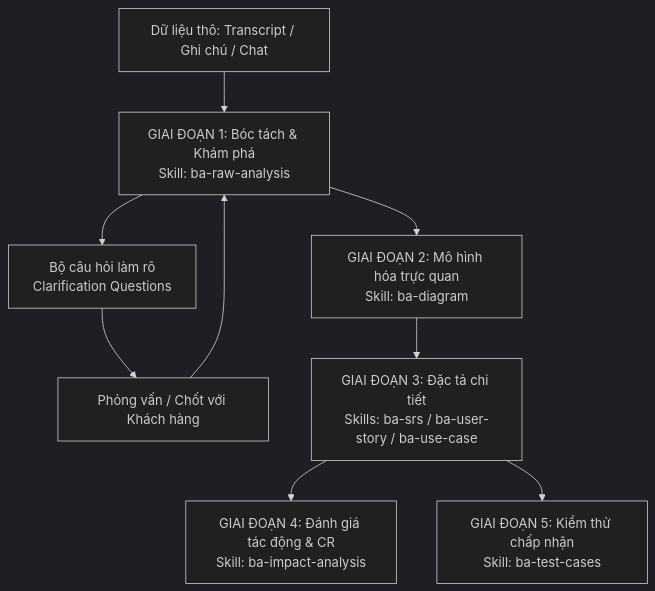
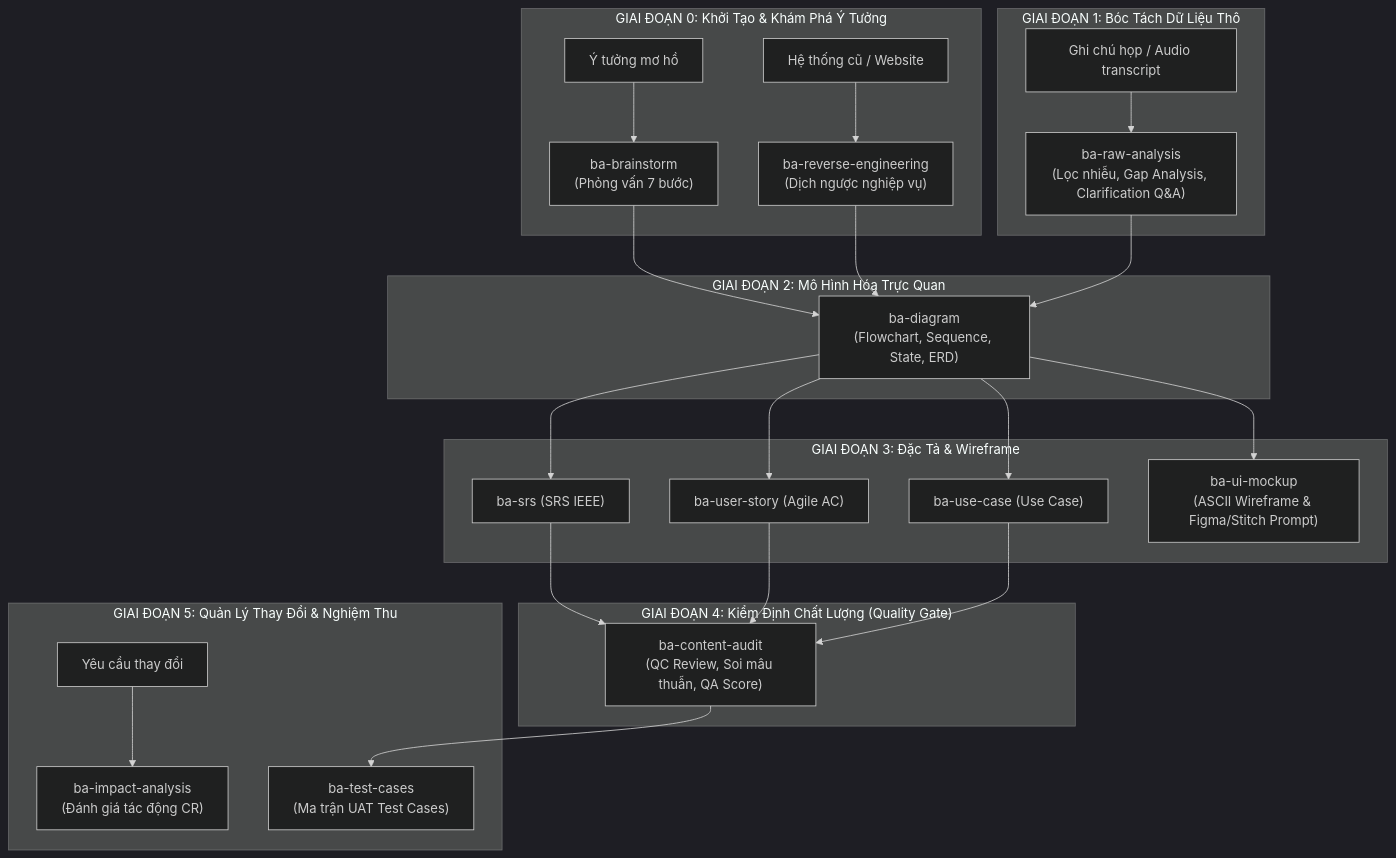
One commit to tonthienthach/BA-Kit changed the diagram in WORKFLOW.md. Above: the diagram before and after it, drawn with Mermaid (dark theme). The commit also changed other lines of this file and 11 other files, not shown here.

Commit message:
feat: complete flagship 11-skill suite (brainstorm, reverse-engineering, content-audit, ui-mockup)

````diff
--- a/WORKFLOW.md
+++ b/WORKFLOW.md
@@ -16,16 +9,35 @@
 ```mermaid
 flowchart TD
-    Raw[Dữ liệu thô: Transcript / Ghi chú / Chat] --> Stage1[GIAI ĐOẠN 1: Bóc tách & Khám phá<br>Skill: ba-raw-analysis]
-    
-    Stage1 --> Questions[Bộ câu hỏi làm rõ<br>Clarification Questions]
-    Questions --> ClientFeedback[Phỏng vấn / Chốt với Khách hàng]
-    ClientFeedback --> Stage1
-    
-    Stage1 --> Stage2[GIAI ĐOẠN 2: Mô hình hóa trực quan<br>Skill: ba-diagram]
-    
-    Stage2 --> Stage3[GIAI ĐOẠN 3: Đặc tả chi tiết<br>Skills: ba-srs / ba-user-story / ba-use-case]
-    
-    Stage3 --> Stage4[GIAI ĐOẠN 4: Đánh giá tác động & CR<br>Skill: ba-impact-analysis]
-    
-    Stage3 --> Stage5[GIAI ĐOẠN 5: Kiểm thử chấp nhận<br>Skill: ba-test-cases]
+    subgraph Phase0 ["GIAI ĐOẠN 0: Khởi Tạo & Khám Phá Ý Tưởng"]
+        Idea["Ý tưởng mơ hồ"] --> Skill_Brainstorm["ba-brainstorm<br>(Phỏng vấn 7 bước)"]
+        Legacy["Hệ thống cũ / Website"] --> Skill_Rev["ba-reverse-engineering<br>(Dịch ngược nghiệp vụ)"]
+    end
+
+    subgraph Phase1 ["GIAI ĐOẠN 1: Bóc Tách Dữ Liệu Thô"]
+        Transcript["Ghi chú họp / Audio transcript"] --> Skill_Raw["ba-raw-analysis<br>(Lọc nhiễu, Gap Analysis, Clarification Q&A)"]
+    end
+
+    subgraph Phase2 ["GIAI ĐOẠN 2: Mô Hình Hóa Trực Quan"]
+        Skill_Brainstorm --> Skill_Diagram["ba-diagram<br>(Flowchart, Sequence, State, ERD)"]
+        Skill_Rev --> Skill_Diagram
+        Skill_Raw --> Skill_Diagram
+    end
+
+    subgraph Phase3 ["GIAI ĐOẠN 3: Đặc Tả & Wireframe"]
+        Skill_Diagram --> Skill_SRS["ba-srs (SRS IEEE)"]
+        Skill_Diagram --> Skill_Story["ba-user-story (Agile AC)"]
+        Skill_Diagram --> Skill_UC["ba-use-case (Use Case)"]
+        Skill_Diagram --> Skill_UI["ba-ui-mockup<br>(ASCII Wireframe & Figma/Stitch Prompt)"]
+    end
+
+    subgraph Phase4 ["GIAI ĐOẠN 4: Kiểm Định Chất Lượng (Quality Gate)"]
+        Skill_SRS --> Skill_Audit["ba-content-audit<br>(QC Review, Soi mâu thuẫn, QA Score)"]
+        Skill_Story --> Skill_Audit
+        Skill_UC --> Skill_Audit
+    end
+
+    subgraph Phase5 ["GIAI ĐOẠN 5: Quản Lý Thay Đổi & Nghiệm Thu"]
+        CR["Yêu cầu thay đổi"] --> Skill_Impact["ba-impact-analysis<br>(Đánh giá tác động CR)"]
+        Skill_Audit --> Skill_Test["ba-test-cases<br>(Ma trận UAT Test Cases)"]
+    end
 ```
````
